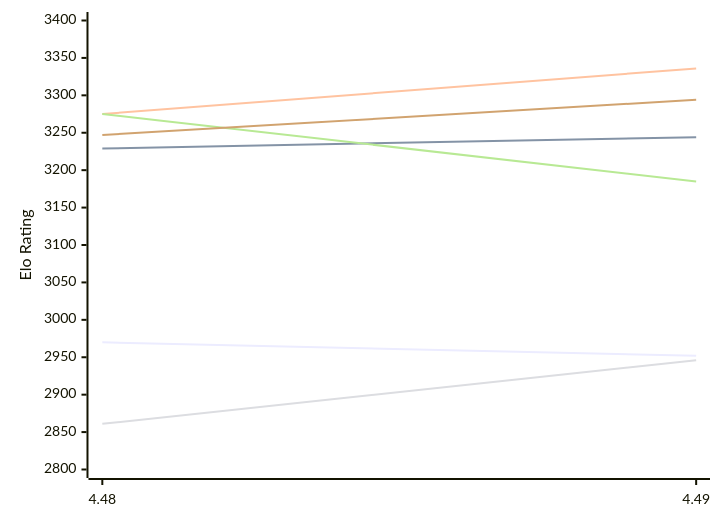
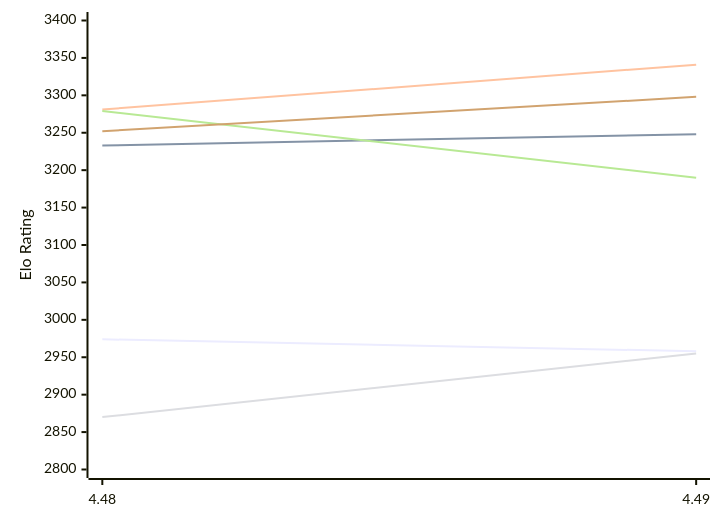
One commit to computer-chess-index/cci changed the first of 2 diagrams in engines/Cheng4.md. Above: the diagram before and after it, drawn with Mermaid. The commit also changed other lines of this file, not shown here.

Commit message:
Update CCI Ratings (ELO VLTC) - 2026-11-20

````diff
--- a/engines/Cheng4.md
+++ b/engines/Cheng4.md
@@ -50,12 +50,12 @@
 ```mermaid
 %%{init: {"theme":"base","themeVariables":{"seriesColors:['#a3a3a3','#222221','#faa371']}}}%%
 xychart-beta
   x-axis ["4.48", "4.49"]
   y-axis "Elo Rating" 2800 --> 3400
-  line "E1: STC (8.0+0.08s)" [2970, 2952]
-  line "E1: LTC (60.0+0.60s)" [3229, 3244]
-  line "E1: VLTC (2m24s+1.12s)" [3275, 3336]
-  line "P1: STC (8.0+0.08s)" [2861, 2946]
-  line "P1: LTC (60.0+0.60s)" [3275, 3185]
-  line "P1: VLTC (2m24s+1.12s)" [3247, 3294]
+  line "E1: STC (8.0+0.08s)" [2974, 2958]
+  line "E1: LTC (60.0+0.60s)" [3233, 3248]
+  line "E1: VLTC (2m24s+1.12s)" [3281, 3341]
+  line "P1: STC (8.0+0.08s)" [2870, 2955]
+  line "P1: LTC (60.0+0.60s)" [3279, 3190]
+  line "P1: VLTC (2m24s+1.12s)" [3252, 3298]
 ```
````
